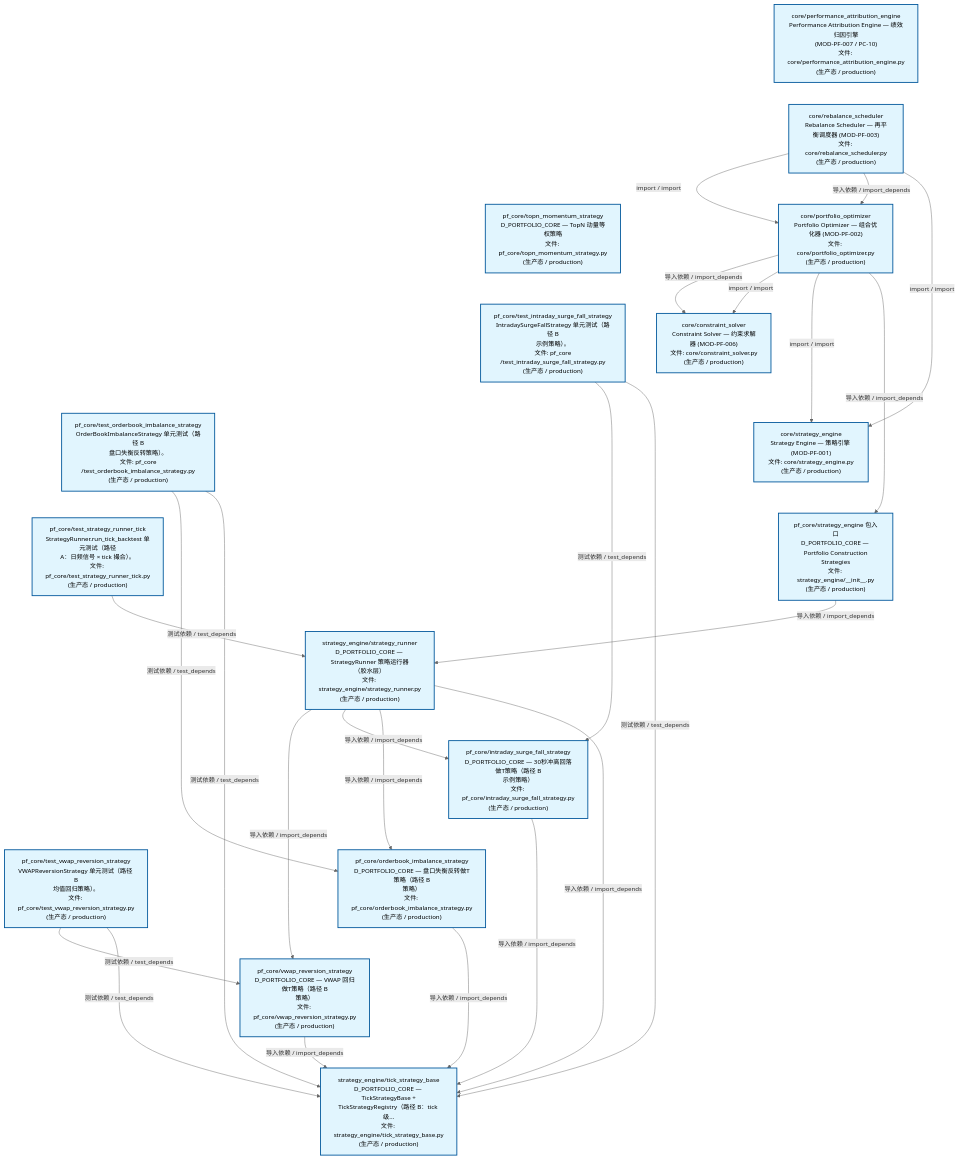
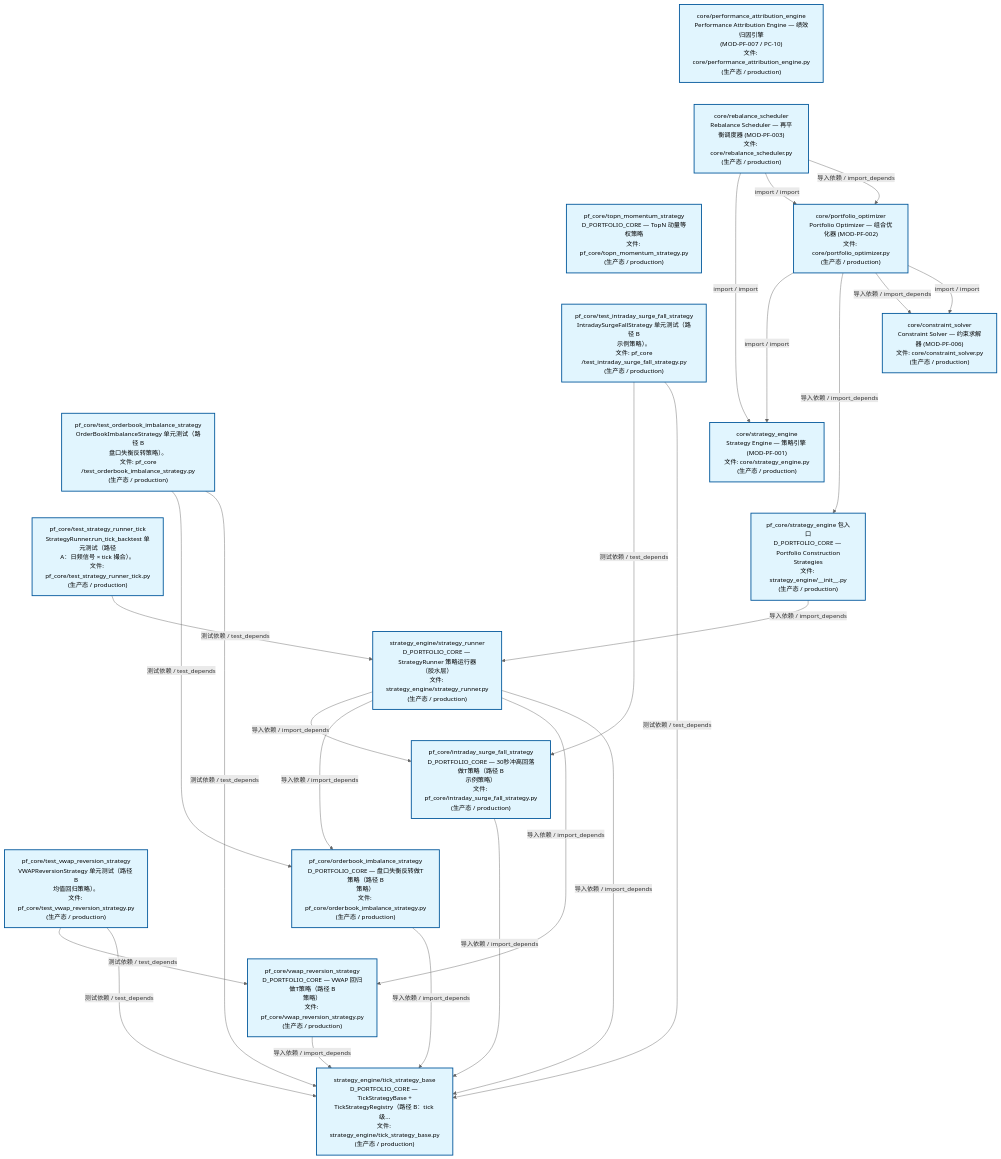
Before and after one commit to xuanFelixVan/ZephyrAlpha: the second of 3 diagrams in docs/02_enterprise_architecture/02_domain_architecture_docs/63_d_pf_core.md, drawn with Mermaid. The commit also changed other lines of this file and 47 other files, not shown here.

````diff
--- a/docs/02_enterprise_architecture/02_domain_architecture_docs/63_d_pf_core.md
+++ b/docs/02_enterprise_architecture/02_domain_architecture_docs/63_d_pf_core.md
@@ -140,57 +139,57 @@
 ```mermaid
 %%{init: {'theme': 'base', 'themeVariables': {'primaryColor': '#eaeaea', 'primaryTextColor': '#333333', 'primaryBorderColor': '#666666', 'lineColor': '#666666', 'secondaryColor': '#eaeaea', 'tertiaryColor': '#eaeaea', 'fontSize': '14px'}}}%%
 flowchart TD
     src_zephyr_pf_core_core_performance_attribution_engine_py["core/performance_attribution_engine<br/>Performance Attribution Engine — 绩效归因引擎<br/>(MOD-PF-007 / PC-10)<br/>文件: core/performance_attribution_engine.py<br/>(生产态 / production)"]
     src_zephyr_pf_core_core_rebalance_scheduler_py["core/rebalance_scheduler<br/>Rebalance Scheduler — 再平衡调度器 (MOD-PF-003)<br/>文件: core/rebalance_scheduler.py<br/>(生产态 / production)"]
     src_zephyr_pf_core_topn_momentum_strategy_py["pf_core/topn_momentum_strategy<br/>D_PORTFOLIO_CORE — TopN 动量等权策略<br/>文件: pf_core/topn_momentum_strategy.py<br/>(生产态 / production)"]
     tests_pf_core_test_intraday_surge_fall_strategy_py["pf_core/test_intraday_surge_fall_strategy<br/>IntradaySurgeFallStrategy 单元测试（路径 B<br/>示例策略）。<br/>文件: pf_core<br/>/test_intraday_surge_fall_strategy.py<br/>(生产态 / production)"]
     tests_pf_core_test_orderbook_imbalance_strategy_py["pf_core/test_orderbook_imbalance_strategy<br/>OrderBookImbalanceStrategy 单元测试（路径 B<br/>盘口失衡反转策略）。<br/>文件: pf_core<br/>/test_orderbook_imbalance_strategy.py<br/>(生产态 / production)"]
     tests_pf_core_test_strategy_runner_tick_py["pf_core/test_strategy_runner_tick<br/>StrategyRunner.run_tick_backtest 单元测试（路径<br/>A：日频信号 × tick 撮合）。<br/>文件: pf_core/test_strategy_runner_tick.py<br/>(生产态 / production)"]
     tests_pf_core_test_vwap_reversion_strategy_py["pf_core/test_vwap_reversion_strategy<br/>VWAPReversionStrategy 单元测试（路径 B<br/>均值回归策略）。<br/>文件: pf_core/test_vwap_reversion_strategy.py<br/>(生产态 / production)"]
     src_zephyr_pf_core_core_performance_attribution_engine_py ~~~ src_zephyr_pf_core_core_rebalance_scheduler_py
     src_zephyr_pf_core_core_rebalance_scheduler_py ~~~ src_zephyr_pf_core_topn_momentum_strategy_py
     src_zephyr_pf_core_topn_momentum_strategy_py ~~~ tests_pf_core_test_intraday_surge_fall_strategy_py
     tests_pf_core_test_intraday_surge_fall_strategy_py ~~~ tests_pf_core_test_orderbook_imbalance_strategy_py
     tests_pf_core_test_orderbook_imbalance_strategy_py ~~~ tests_pf_core_test_strategy_runner_tick_py
     tests_pf_core_test_strategy_runner_tick_py ~~~ tests_pf_core_test_vwap_reversion_strategy_py
     src_zephyr_pf_core_core_portfolio_optimizer_py["core/portfolio_optimizer<br/>Portfolio Optimizer — 组合优化器 (MOD-PF-002)<br/>文件: core/portfolio_optimizer.py<br/>(生产态 / production)"]
     src_zephyr_pf_core_core_constraint_solver_py["core/constraint_solver<br/>Constraint Solver — 约束求解器 (MOD-PF-006)<br/>文件: core/constraint_solver.py<br/>(生产态 / production)"]
     src_zephyr_pf_core_core_strategy_engine_py["core/strategy_engine<br/>Strategy Engine — 策略引擎 (MOD-PF-001)<br/>文件: core/strategy_engine.py<br/>(生产态 / production)"]
     src_zephyr_pf_core_strategy_engine_init_py["pf_core/strategy_engine 包入口<br/>D_PORTFOLIO_CORE — Portfolio Construction<br/>Strategies<br/>文件: strategy_engine/__init__.py<br/>(生产态 / production)"]
     src_zephyr_pf_core_core_constraint_solver_py ~~~ src_zephyr_pf_core_core_strategy_engine_py
     src_zephyr_pf_core_core_strategy_engine_py ~~~ src_zephyr_pf_core_strategy_engine_init_py
     src_zephyr_pf_core_strategy_engine_strategy_runner_py["strategy_engine/strategy_runner<br/>D_PORTFOLIO_CORE — StrategyRunner 策略运行器<br/>（胶水层）<br/>文件: strategy_engine/strategy_runner.py<br/>(生产态 / production)"]
     src_zephyr_pf_core_intraday_surge_fall_strategy_py["pf_core/intraday_surge_fall_strategy<br/>D_PORTFOLIO_CORE — 30秒冲高回落做T策略（路径 B<br/>示例策略）<br/>文件: pf_core/intraday_surge_fall_strategy.py<br/>(生产态 / production)"]
     src_zephyr_pf_core_orderbook_imbalance_strategy_py["pf_core/orderbook_imbalance_strategy<br/>D_PORTFOLIO_CORE — 盘口失衡反转做T策略（路径 B<br/>策略）<br/>文件: pf_core/orderbook_imbalance_strategy.py<br/>(生产态 / production)"]
     src_zephyr_pf_core_vwap_reversion_strategy_py["pf_core/vwap_reversion_strategy<br/>D_PORTFOLIO_CORE — VWAP 回归做T策略（路径 B<br/>策略）<br/>文件: pf_core/vwap_reversion_strategy.py<br/>(生产态 / production)"]
     src_zephyr_pf_core_intraday_surge_fall_strategy_py ~~~ src_zephyr_pf_core_orderbook_imbalance_strategy_py
     src_zephyr_pf_core_orderbook_imbalance_strategy_py ~~~ src_zephyr_pf_core_vwap_reversion_strategy_py
     src_zephyr_pf_core_strategy_engine_tick_strategy_base_py["strategy_engine/tick_strategy_base<br/>D_PORTFOLIO_CORE — TickStrategyBase +<br/>TickStrategyRegistry（路径 B：tick 级...<br/>文件: strategy_engine/tick_strategy_base.py<br/>(生产态 / production)"]
-    src_zephyr_pf_core_vwap_reversion_strategy_py -->|导入依赖 / import_depends| src_zephyr_pf_core_strategy_engine_tick_strategy_base_py
     src_zephyr_pf_core_intraday_surge_fall_strategy_py -->|导入依赖 / import_depends| src_zephyr_pf_core_strategy_engine_tick_strategy_base_py
     src_zephyr_pf_core_orderbook_imbalance_strategy_py -->|导入依赖 / import_depends| src_zephyr_pf_core_strategy_engine_tick_strategy_base_py
+    src_zephyr_pf_core_core_rebalance_scheduler_py -->|import / import| src_zephyr_pf_core_core_strategy_engine_py
+    src_zephyr_pf_core_core_rebalance_scheduler_py -->|import / import| src_zephyr_pf_core_core_portfolio_optimizer_py
+    src_zephyr_pf_core_core_rebalance_scheduler_py -->|导入依赖 / import_depends| src_zephyr_pf_core_core_portfolio_optimizer_py
+    src_zephyr_pf_core_vwap_reversion_strategy_py -->|导入依赖 / import_depends| src_zephyr_pf_core_strategy_engine_tick_strategy_base_py
+    src_zephyr_pf_core_strategy_engine_init_py -->|导入依赖 / import_depends| src_zephyr_pf_core_strategy_engine_strategy_runner_py
+    src_zephyr_pf_core_strategy_engine_strategy_runner_py -->|导入依赖 / import_depends| src_zephyr_pf_core_intraday_surge_fall_strategy_py
+    src_zephyr_pf_core_strategy_engine_strategy_runner_py -->|导入依赖 / import_depends| src_zephyr_pf_core_orderbook_imbalance_strategy_py
+    src_zephyr_pf_core_strategy_engine_strategy_runner_py -->|导入依赖 / import_depends| src_zephyr_pf_core_vwap_reversion_strategy_py
+    src_zephyr_pf_core_strategy_engine_strategy_runner_py -->|导入依赖 / import_depends| src_zephyr_pf_core_strategy_engine_tick_strategy_base_py
+    src_zephyr_pf_core_core_portfolio_optimizer_py -->|import / import| src_zephyr_pf_core_core_strategy_engine_py
+    src_zephyr_pf_core_core_portfolio_optimizer_py -->|导入依赖 / import_depends| src_zephyr_pf_core_strategy_engine_init_py
     src_zephyr_pf_core_core_portfolio_optimizer_py -->|导入依赖 / import_depends| src_zephyr_pf_core_core_constraint_solver_py
     src_zephyr_pf_core_core_portfolio_optimizer_py -->|import / import| src_zephyr_pf_core_core_constraint_solver_py
-    src_zephyr_pf_core_core_portfolio_optimizer_py -->|import / import| src_zephyr_pf_core_core_strategy_engine_py
-    src_zephyr_pf_core_core_portfolio_optimizer_py -->|导入依赖 / import_depends| src_zephyr_pf_core_strategy_engine_init_py
-    src_zephyr_pf_core_core_rebalance_scheduler_py -->|import / import| src_zephyr_pf_core_core_portfolio_optimizer_py
-    src_zephyr_pf_core_core_rebalance_scheduler_py -->|导入依赖 / import_depends| src_zephyr_pf_core_core_portfolio_optimizer_py
-    src_zephyr_pf_core_core_rebalance_scheduler_py -->|import / import| src_zephyr_pf_core_core_strategy_engine_py
-    src_zephyr_pf_core_strategy_engine_strategy_runner_py -->|导入依赖 / import_depends| src_zephyr_pf_core_vwap_reversion_strategy_py
-    src_zephyr_pf_core_strategy_engine_strategy_runner_py -->|导入依赖 / import_depends| src_zephyr_pf_core_intraday_surge_fall_strategy_py
-    src_zephyr_pf_core_strategy_engine_strategy_runner_py -->|导入依赖 / import_depends| src_zephyr_pf_core_orderbook_imbalance_strategy_py
-    src_zephyr_pf_core_strategy_engine_strategy_runner_py -->|导入依赖 / import_depends| src_zephyr_pf_core_strategy_engine_tick_strategy_base_py
-    src_zephyr_pf_core_strategy_engine_init_py -->|导入依赖 / import_depends| src_zephyr_pf_core_strategy_engine_strategy_runner_py
     tests_pf_core_test_intraday_surge_fall_strategy_py -->|测试依赖 / test_depends| src_zephyr_pf_core_intraday_surge_fall_strategy_py
     tests_pf_core_test_intraday_surge_fall_strategy_py -->|测试依赖 / test_depends| src_zephyr_pf_core_strategy_engine_tick_strategy_base_py
-    tests_pf_core_test_strategy_runner_tick_py -->|测试依赖 / test_depends| src_zephyr_pf_core_strategy_engine_strategy_runner_py
     tests_pf_core_test_orderbook_imbalance_strategy_py -->|测试依赖 / test_depends| src_zephyr_pf_core_orderbook_imbalance_strategy_py
     tests_pf_core_test_orderbook_imbalance_strategy_py -->|测试依赖 / test_depends| src_zephyr_pf_core_strategy_engine_tick_strategy_base_py
     tests_pf_core_test_vwap_reversion_strategy_py -->|测试依赖 / test_depends| src_zephyr_pf_core_vwap_reversion_strategy_py
     tests_pf_core_test_vwap_reversion_strategy_py -->|测试依赖 / test_depends| src_zephyr_pf_core_strategy_engine_tick_strategy_base_py
+    tests_pf_core_test_strategy_runner_tick_py -->|测试依赖 / test_depends| src_zephyr_pf_core_strategy_engine_strategy_runner_py
     classDef production fill:#e1f5fe,stroke:#01579b,stroke-width:2px,color:#000
     classDef design fill:#fff3e0,stroke:#e65100,stroke-width:2px,color:#000,stroke-dasharray: 5 5
     classDef external_prod fill:#e8f4fd,stroke:#0277bd,stroke-width:1px,color:#000
     classDef external_design fill:#fff8e7,stroke:#ef6c00,stroke-width:1px,color:#000,stroke-dasharray: 5 5
     class src_zephyr_pf_core_core_constraint_solver_py,src_zephyr_pf_core_core_performance_attribution_engine_py,src_zephyr_pf_core_core_portfolio_optimizer_py,src_zephyr_pf_core_core_rebalance_scheduler_py,src_zephyr_pf_core_core_strategy_engine_py,src_zephyr_pf_core_intraday_surge_fall_strategy_py,src_zephyr_pf_core_orderbook_imbalance_strategy_py,src_zephyr_pf_core_strategy_engine_init_py,src_zephyr_pf_core_strategy_engine_strategy_runner_py,src_zephyr_pf_core_strategy_engine_tick_strategy_base_py,src_zephyr_pf_core_topn_momentum_strategy_py,src_zephyr_pf_core_vwap_reversion_strategy_py,tests_pf_core_test_intraday_surge_fall_strategy_py,tests_pf_core_test_orderbook_imbalance_strategy_py,tests_pf_core_test_strategy_runner_tick_py,tests_pf_core_test_vwap_reversion_strategy_py production
 ```
````
